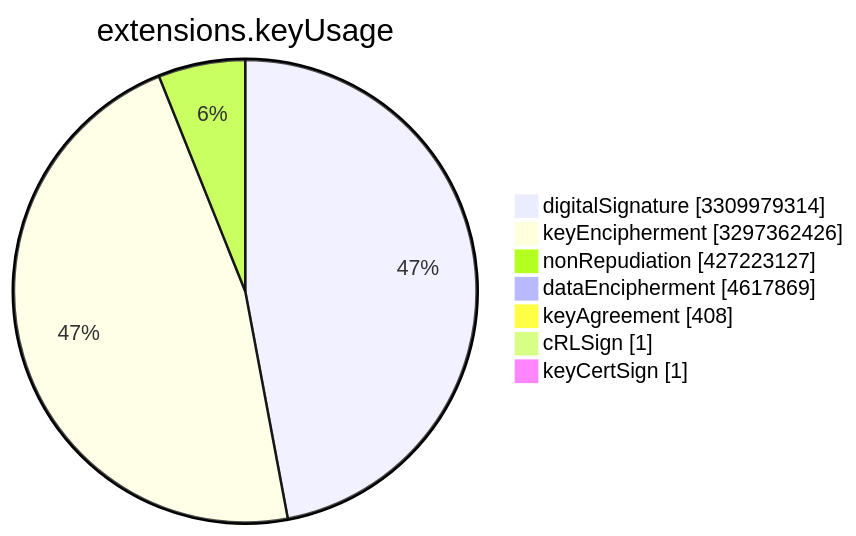
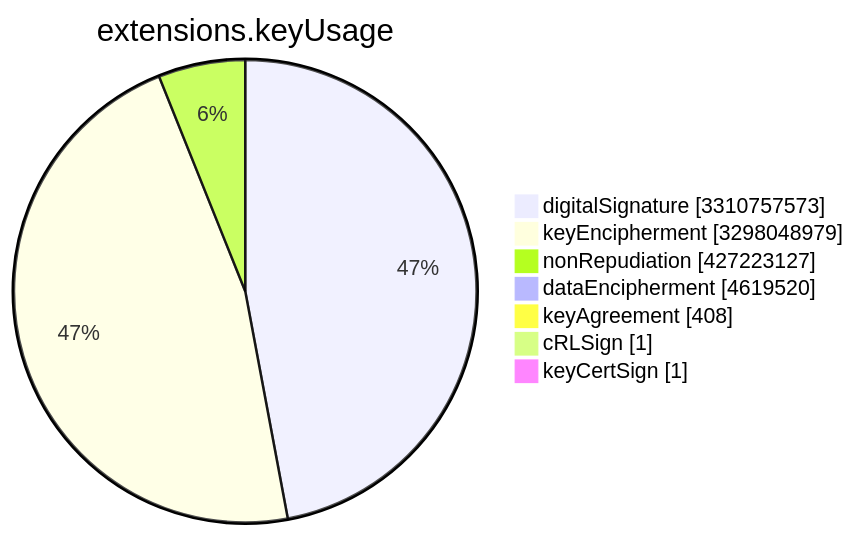
The sixth of 15 diagrams in TOTAL/README.md (christiankrug/ctmonitor_visualization), drawn with Mermaid before and after one commit. The commit also changed other lines of this file, not shown here.

````diff
--- a/TOTAL/README.md
+++ b/TOTAL/README.md
@@ -3078,11 +3078,11 @@
 ```mermaid
 pie showData
 title extensions.keyUsage
-"digitalSignature" :3309979314
-"keyEncipherment" :3297362426
+"digitalSignature" :3310757573
+"keyEncipherment" :3298048979
 "nonRepudiation" :427223127
-"dataEncipherment" :4617869
+"dataEncipherment" :4619520
 "keyAgreement" :408
 "cRLSign" :1
 "keyCertSign" :1
 ```
````
